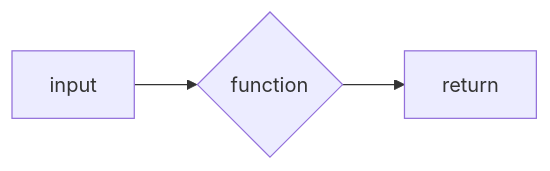
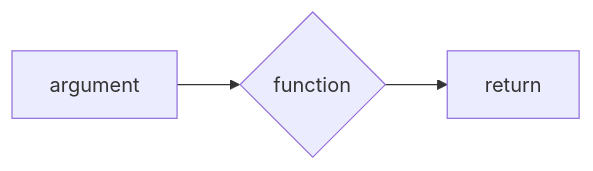
The first of 2 diagrams in content/js1/sprints/2/prep/index.md (CodeYourFuture/curriculum), drawn with Mermaid before and after one commit. The commit also changed other lines of this file, not shown here.

````diff
--- a/content/js1/sprints/2/prep/index.md
+++ b/content/js1/sprints/2/prep/index.md
@@ -422,6 +437,6 @@
 ```mermaid
 
 flowchart LR
-    A[input] --> B{function}
+    A[argument] --> B{function}
     B --> C[return]
 ```
````
